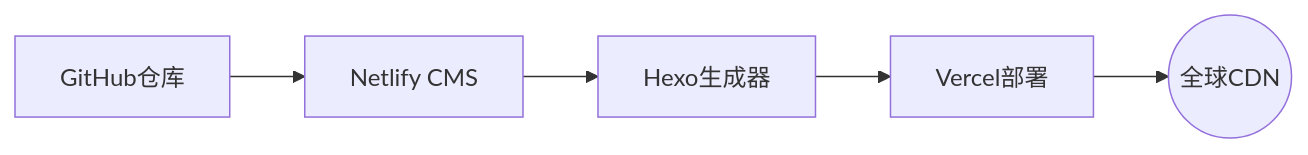
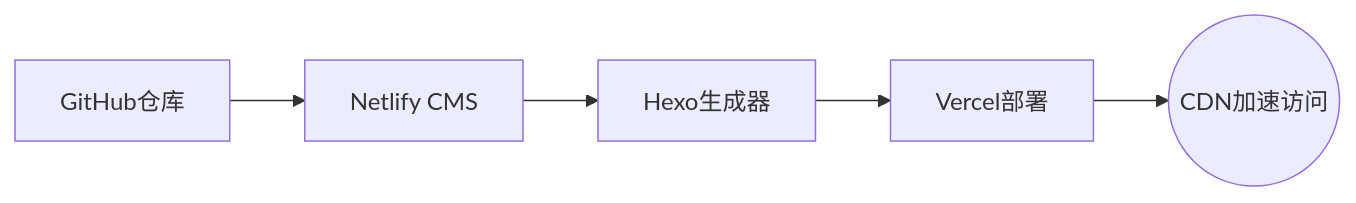
The diagram in README.md (Fengxian-wang/ScholarPress), drawn with Mermaid before and after one commit. The commit also changed other lines of this file, not shown here.

````diff
--- a/README.md
+++ b/README.md
@@ -25,7 +25,7 @@
 ```mermaid
 graph LR
   A[GitHub仓库] --> B[Netlify CMS]
   B --> C[Hexo生成器]
   C --> D[Vercel部署]
-  D --> E((全球CDN))
+  D --> E((CDN加速访问))
 ```
````
